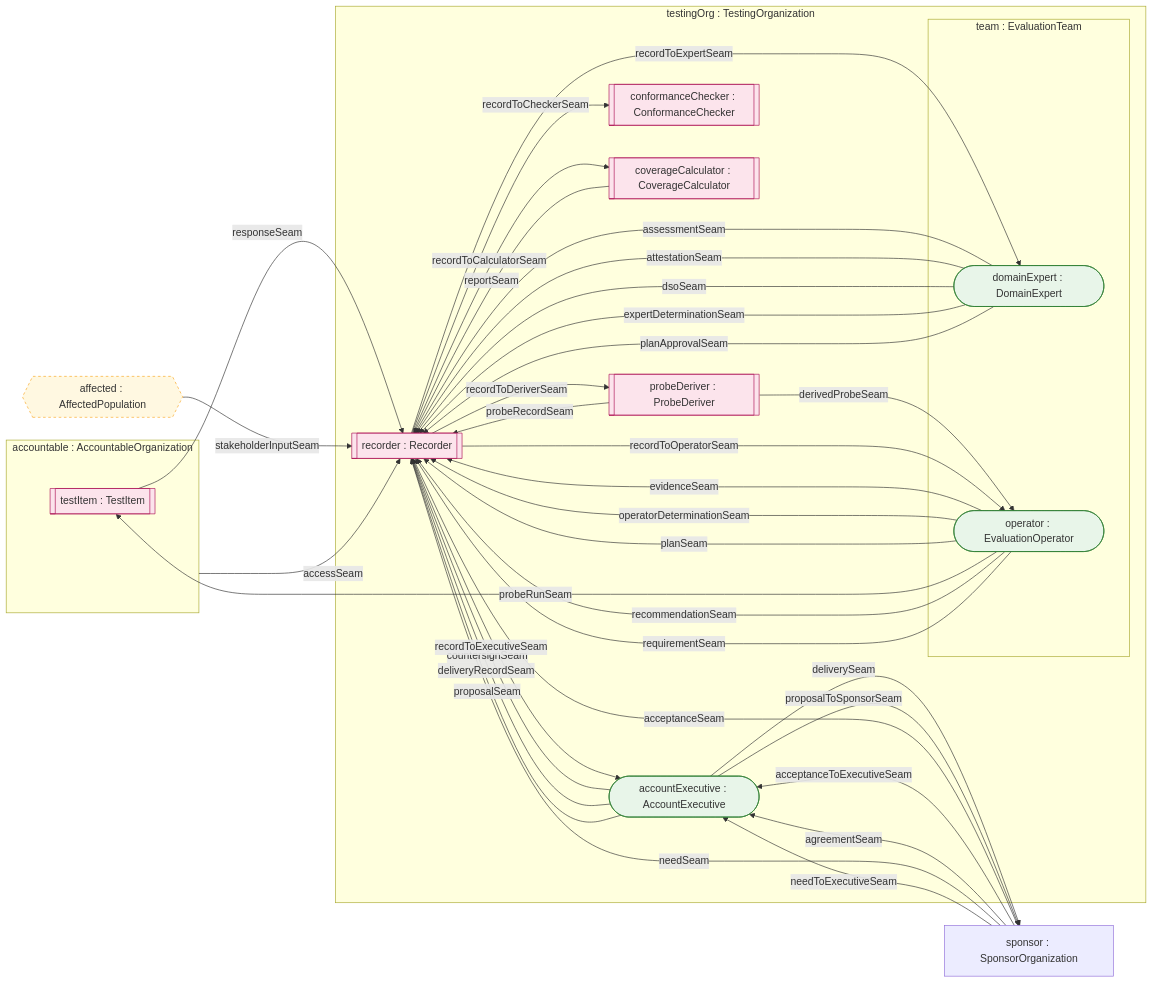
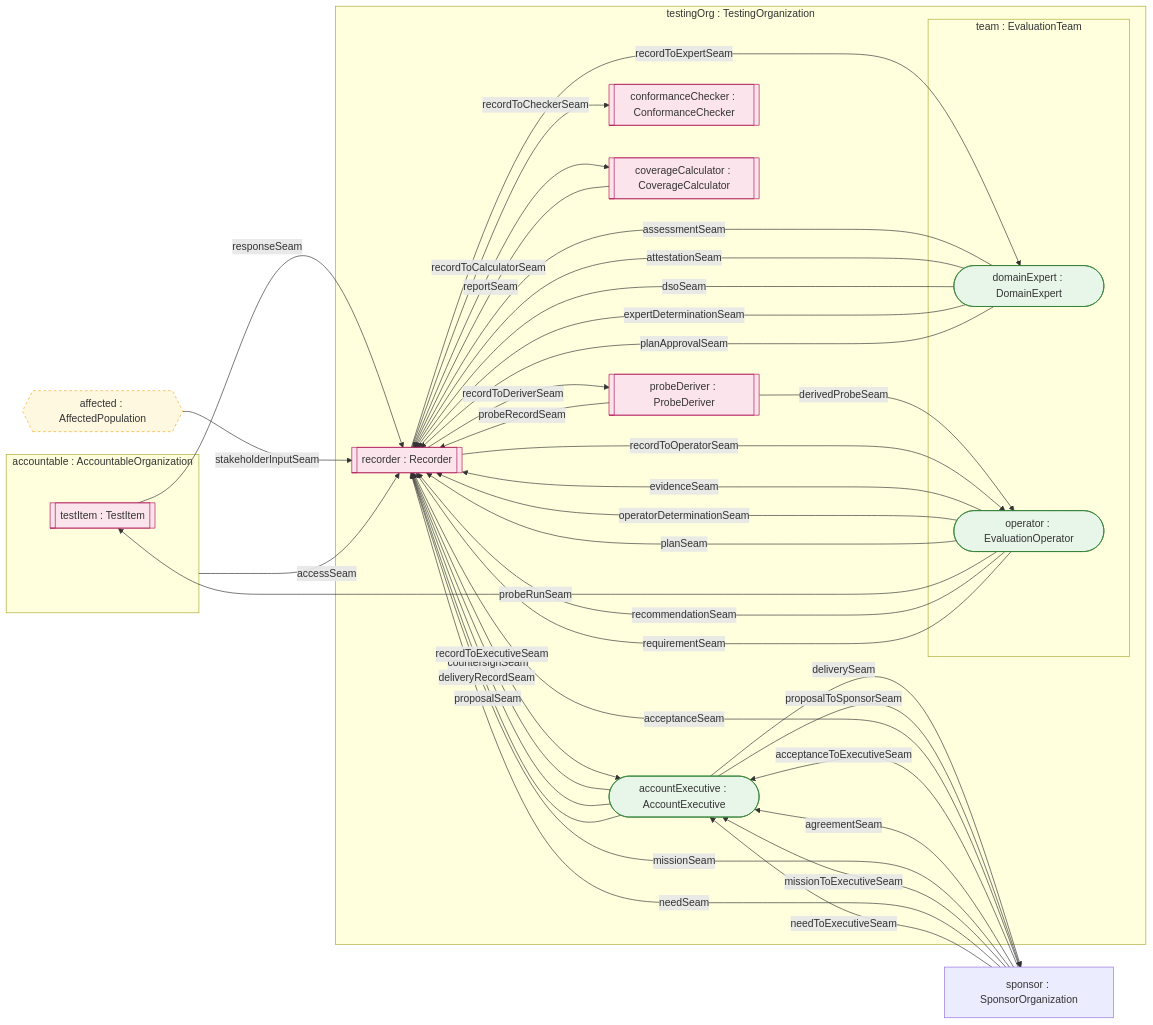
Before and after one commit to DynamicalSystemsGroup/og-caie-spec: the diagram in generated/wiring.md, drawn with Mermaid. The commit also changed 37 other files, not shown here.

````diff
--- a/generated/wiring.md
+++ b/generated/wiring.md
@@ -5,58 +5,60 @@
 ```{mermaid}
 flowchart LR
   subgraph accountable["accountable : AccountableOrganization"]
     accountable_testItem[["testItem : TestItem"]]
   end
   affected{{"affected : AffectedPopulation"}}
   sponsor["sponsor : SponsorOrganization"]
   subgraph testingOrg["testingOrg : TestingOrganization"]
     testingOrg_accountExecutive(["accountExecutive : AccountExecutive"])
     testingOrg_conformanceChecker[["conformanceChecker : ConformanceChecker"]]
     testingOrg_coverageCalculator[["coverageCalculator : CoverageCalculator"]]
     testingOrg_probeDeriver[["probeDeriver : ProbeDeriver"]]
     testingOrg_recorder[["recorder : Recorder"]]
     subgraph testingOrg_team["team : EvaluationTeam"]
       testingOrg_team_domainExpert(["domainExpert : DomainExpert"])
       testingOrg_team_operator(["operator : EvaluationOperator"])
     end
   end
   sponsor -- "acceptanceSeam" --> testingOrg_recorder
   sponsor -- "acceptanceToExecutiveSeam" --> testingOrg_accountExecutive
   accountable -- "accessSeam" --> testingOrg_recorder
   sponsor -- "agreementSeam" --> testingOrg_accountExecutive
   testingOrg_team_domainExpert -- "assessmentSeam" --> testingOrg_recorder
   testingOrg_team_domainExpert -- "attestationSeam" --> testingOrg_recorder
   testingOrg_accountExecutive -- "countersignSeam" --> testingOrg_recorder
   testingOrg_accountExecutive -- "deliveryRecordSeam" --> testingOrg_recorder
   testingOrg_accountExecutive -- "deliverySeam" --> sponsor
   testingOrg_probeDeriver -- "derivedProbeSeam" --> testingOrg_team_operator
   testingOrg_team_domainExpert -- "dsoSeam" --> testingOrg_recorder
   testingOrg_team_operator -- "evidenceSeam" --> testingOrg_recorder
   testingOrg_team_domainExpert -- "expertDeterminationSeam" --> testingOrg_recorder
+  sponsor -- "missionSeam" --> testingOrg_recorder
+  sponsor -- "missionToExecutiveSeam" --> testingOrg_accountExecutive
   sponsor -- "needSeam" --> testingOrg_recorder
   sponsor -- "needToExecutiveSeam" --> testingOrg_accountExecutive
   testingOrg_team_operator -- "operatorDeterminationSeam" --> testingOrg_recorder
   testingOrg_team_domainExpert -- "planApprovalSeam" --> testingOrg_recorder
   testingOrg_team_operator -- "planSeam" --> testingOrg_recorder
   testingOrg_probeDeriver -- "probeRecordSeam" --> testingOrg_recorder
   testingOrg_team_operator -- "probeRunSeam" --> accountable_testItem
   testingOrg_accountExecutive -- "proposalSeam" --> testingOrg_recorder
   testingOrg_accountExecutive -- "proposalToSponsorSeam" --> sponsor
   testingOrg_team_operator -- "recommendationSeam" --> testingOrg_recorder
   testingOrg_recorder -- "recordToCalculatorSeam" --> testingOrg_coverageCalculator
   testingOrg_recorder -- "recordToCheckerSeam" --> testingOrg_conformanceChecker
   testingOrg_recorder -- "recordToDeriverSeam" --> testingOrg_probeDeriver
   testingOrg_recorder -- "recordToExecutiveSeam" --> testingOrg_accountExecutive
   testingOrg_recorder -- "recordToExpertSeam" --> testingOrg_team_domainExpert
   testingOrg_recorder -- "recordToOperatorSeam" --> testingOrg_team_operator
   testingOrg_coverageCalculator -- "reportSeam" --> testingOrg_recorder
   testingOrg_team_operator -- "requirementSeam" --> testingOrg_recorder
   accountable_testItem -- "responseSeam" --> testingOrg_recorder
   affected -- "stakeholderInputSeam" --> testingOrg_recorder
   classDef person fill:#e8f5e9,stroke:#2e7d32;
   classDef machine fill:#fce4ec,stroke:#ad1457;
   classDef party fill:#fff8e1,stroke:#f9a825,stroke-dasharray: 4 4;
   class testingOrg_accountExecutive,testingOrg_team_domainExpert,testingOrg_team_operator person;
   class accountable_testItem,testingOrg_conformanceChecker,testingOrg_coverageCalculator,testingOrg_probeDeriver,testingOrg_recorder machine;
   class affected party;
 ```
````
